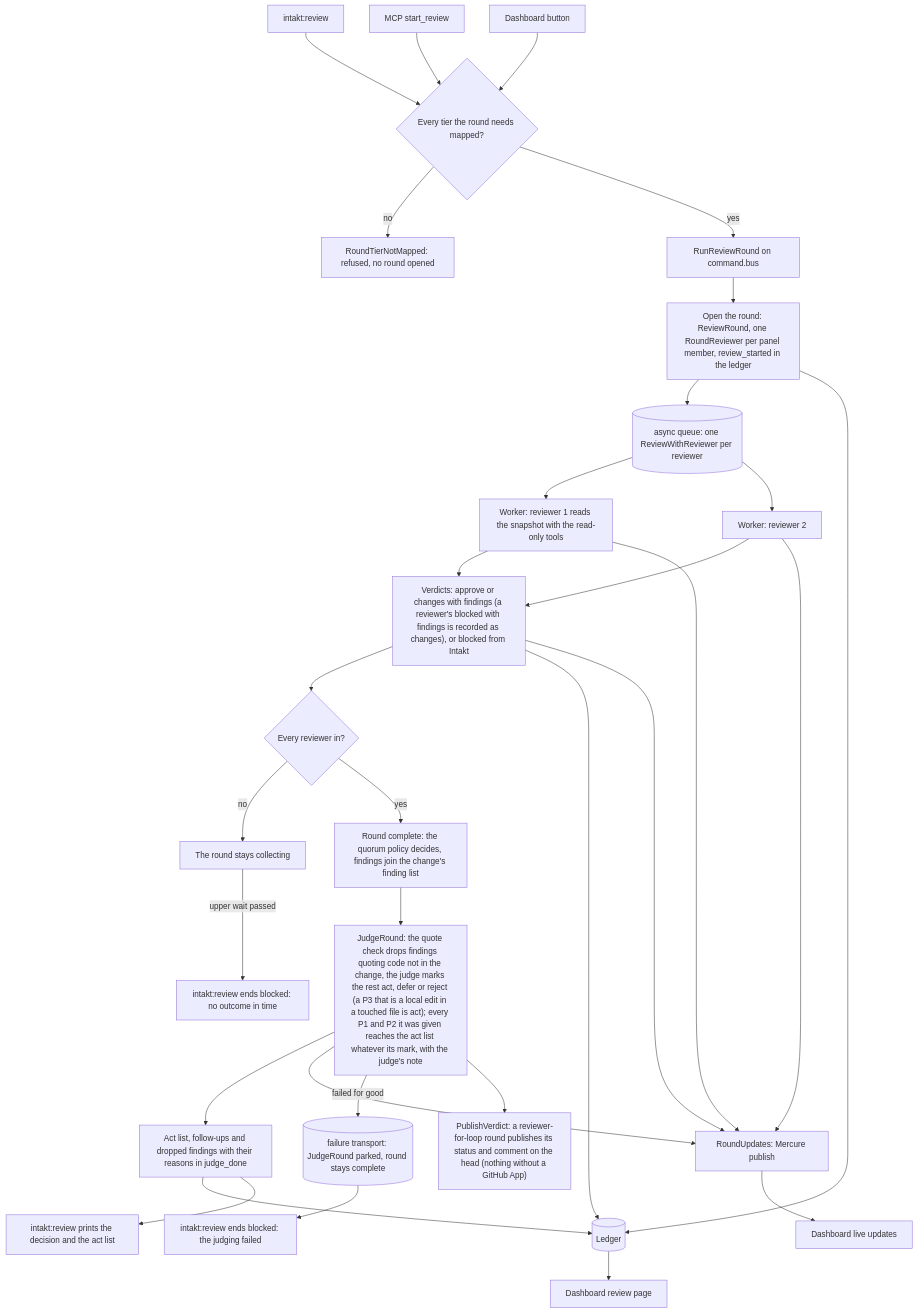
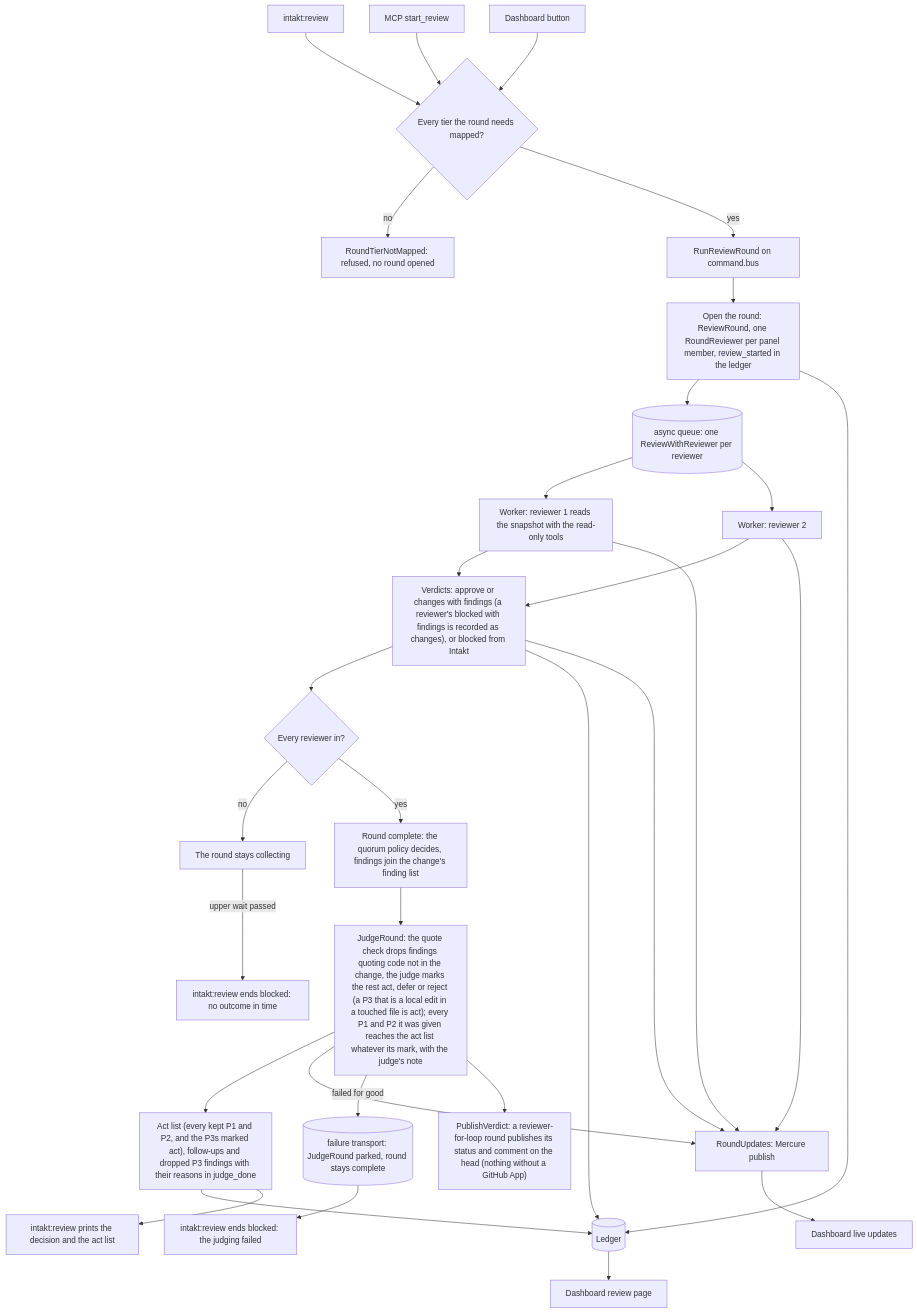
One commit to shinyredapples/intakt changed the diagram in docs/architecture/review-flow.md. Above: the diagram before and after it, drawn with Mermaid.

Commit message:
docs(review): say the dropped findings in the review flow diagram are P3

````diff
--- a/docs/architecture/review-flow.md
+++ b/docs/architecture/review-flow.md
@@ -5,32 +5,32 @@
 ```mermaid
 flowchart TD
     cli["intakt:review"] --> start
     mcp["MCP start_review"] --> start
     btn["Dashboard button"] --> start
     start{"Every tier the round needs mapped?"} -->|no| refused["RoundTierNotMapped: refused, no round opened"]
     start -->|yes| run["RunReviewRound on command.bus"] --> open["Open the round: ReviewRound, one RoundReviewer per panel member, review_started in the ledger"]
     open --> queue[("async queue: one ReviewWithReviewer per reviewer")]
     queue --> w1["Worker: reviewer 1 reads the snapshot with the read-only tools"]
     queue --> w2["Worker: reviewer 2"]
     w1 --> verdicts["Verdicts: approve or changes with findings (a reviewer's blocked with findings is recorded as changes), or blocked from Intakt"]
     w2 --> verdicts
     verdicts --> complete{"Every reviewer in?"}
     complete -->|no| wait["The round stays collecting"]
     complete -->|yes| quorum["Round complete: the quorum policy decides, findings join the change's finding list"]
     quorum --> judge["JudgeRound: the quote check drops findings quoting code not in the change, the judge marks the rest act, defer or reject (a P3 that is a local edit in a touched file is act); every P1 and P2 it was given reaches the act list whatever its mark, with the judge's note"]
-    judge --> act["Act list, follow-ups and dropped findings with their reasons in judge_done"]
+    judge --> act["Act list (every kept P1 and P2, and the P3s marked act), follow-ups and dropped P3 findings with their reasons in judge_done"]
     act --> ledger[("Ledger")]
     open --> ledger
     verdicts --> ledger
     ledger --> dash["Dashboard review page"]
     w1 --> updates["RoundUpdates: Mercure publish"]
     w2 --> updates
     verdicts --> updates
     judge --> updates
     updates --> live["Dashboard live updates"]
     act --> out["intakt:review prints the decision and the act list"]
     judge -->|failed for good| failed[("failure transport: JudgeRound parked, round stays complete")]
     failed --> outFailed["intakt:review ends blocked: the judging failed"]
     wait -->|upper wait passed| outLate["intakt:review ends blocked: no outcome in time"]
     judge --> publish["PublishVerdict: a reviewer-for-loop round publishes its status and comment on the head (nothing without a GitHub App)"]
 ```
````
